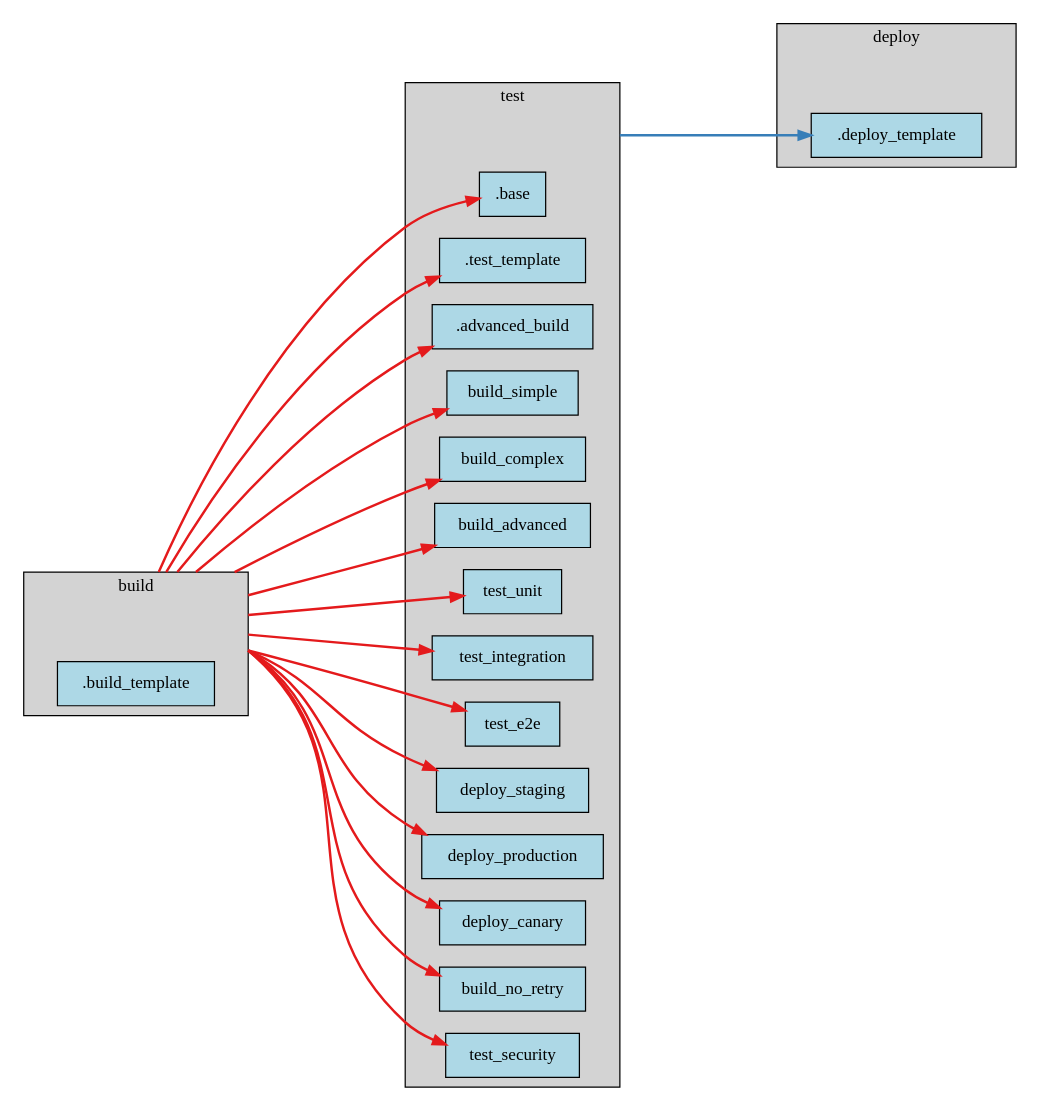
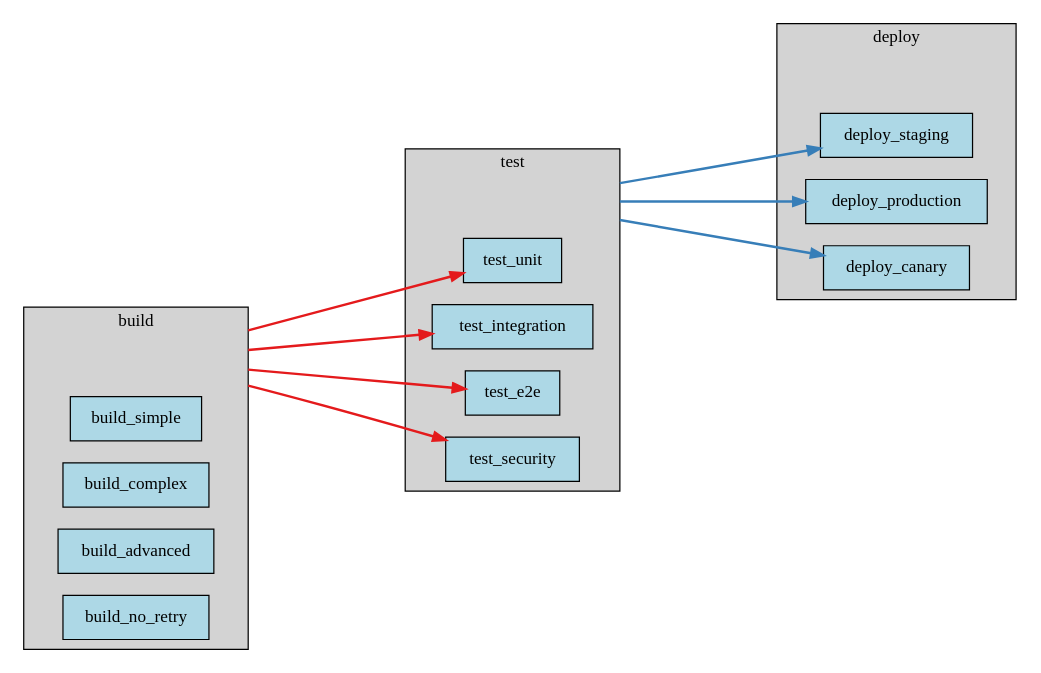
Before and after one commit to eisbaw/gitlab_local_ci: the diagram in test_ci_projects/proj13.output_reference/dag.dot, drawn with Graphviz. The commit also changed 13 other files, not shown here.

```diff
--- a/test_ci_projects/proj13.output_reference/dag.dot
+++ b/test_ci_projects/proj13.output_reference/dag.dot
@@ -1,65 +1,52 @@
 digraph pipeline {
   rankdir="LR";
   ranksep=2;
   compound=true;
   node [shape=box, style=filled, fillcolor=lightblue];
 
   subgraph cluster_build {
     label="build";
     style=filled;
     fillcolor=lightgrey;
 
     __stage_anchor_build [style=invis, width=0, height=0];
 
-    _build_template [label=".build_template", tooltip="---\nextends: \".base\"\nstage: build\ntags:\n- docker\n- build\nbefore_script:\n- echo \"Build template before_script\"\n- apk add --no-cache build-base git\nscript:\n- echo \"Default build script\"\nartifacts:\n  paths:\n  - build/\n  expire_in: 1 hour\n"];
+    build_simple [label="build_simple", tooltip="---\nimage: alpine:latest\ntags:\n- docker\n- build\nretry:\n  max: 2\n  when:\n  - runner_system_failure\nbefore_script:\n- echo \"Build template before_script\"\n- apk add --no-cache build-base git\nstage: build\nscript:\n- echo \"Building simple application\"\n- mkdir -p build\n- echo \"binary\" > build/app\nartifacts:\n  paths:\n  - build/\n  expire_in: 1 hour\n"];
+    build_complex [label="build_complex", tooltip="---\nimage: alpine:latest\ntags:\n- docker\n- build\nretry:\n  max: 2\n  when:\n  - runner_system_failure\nbefore_script:\n- echo \"Build template before_script\"\n- apk add --no-cache build-base git\nstage: build\nscript:\n- echo \"Building complex application with optimizations\"\n- echo \"BUILD_ENV=$BUILD_ENV\"\n- mkdir -p build\n- echo \"optimized_binary\" > build/app_optimized\nartifacts:\n  paths:\n  - build/\n  expire_in: 2 hours\nvariables:\n  BUILD_ENV: production\n  OPTIMIZATION_LEVEL: '3'\n"];
+    build_advanced [label="build_advanced", tooltip="---\nimage: alpine:latest\ntags:\n- docker\n- build\nretry:\n  max: 2\n  when:\n  - runner_system_failure\nbefore_script:\n- echo \"Build template before_script\"\n- apk add --no-cache build-base git\nstage: build\nscript:\n- echo \"Building with advanced template\"\n- echo \"BUILD_TYPE=$BUILD_TYPE\"\n- echo \"OPTIMIZATION=$OPTIMIZATION\"\n- mkdir -p build\n- echo \"advanced_binary\" > build/app_advanced\nartifacts:\n  paths:\n  - build/\n  expire_in: 1 hour\nvariables:\n  BUILD_TYPE: super_advanced\n  OPTIMIZATION: enabled\n  EXTRA_FLAGS: \"--strict\"\nafter_script:\n- echo \"Advanced build cleanup\"\n- rm -rf /tmp/*\n"];
+    build_no_retry [label="build_no_retry", tooltip="---\nimage: alpine:latest\ntags:\n- docker\n- build\nretry: 0\nbefore_script:\n- echo \"Build template before_script\"\n- apk add --no-cache build-base git\nstage: build\nscript:\n- echo \"Building without retry capability\"\n- mkdir -p build\n- echo \"no_retry_binary\" > build/app_no_retry\nartifacts:\n  paths:\n  - build/\n  expire_in: 1 hour\n"];
   }
 
   subgraph cluster_test {
     label="test";
     style=filled;
     fillcolor=lightgrey;
 
     __stage_anchor_test [style=invis, width=0, height=0];
 
-    _base [label=".base", tooltip="---\nimage: alpine:latest\ntags:\n- docker\nretry:\n  max: 2\n  when:\n  - runner_system_failure\nbefore_script:\n- echo \"Base before_script\"\n- apk add --no-cache curl\n"];
-    _test_template [label=".test_template", tooltip="---\nextends: \".base\"\nstage: test\ntags:\n- docker\n- test\nbefore_script:\n- echo \"Test template before_script\"\n- apk add --no-cache python3 py3-pip\nscript:\n- echo \"Default test script\"\ncoverage: \"/TOTAL.*\\\\s+(\\\\d+%)$/\"\n"];
-    _advanced_build [label=".advanced_build", tooltip="---\nextends: \".build_template\"\nvariables:\n  BUILD_TYPE: advanced\n  OPTIMIZATION: enabled\nafter_script:\n- echo \"Advanced build cleanup\"\n- rm -rf /tmp/*\n"];
-    build_simple [label="build_simple", tooltip="---\nextends: \".build_template\"\nscript:\n- echo \"Building simple application\"\n- mkdir -p build\n- echo \"binary\" > build/app\n"];
-    build_complex [label="build_complex", tooltip="---\nextends: \".build_template\"\nvariables:\n  BUILD_ENV: production\n  OPTIMIZATION_LEVEL: '3'\nscript:\n- echo \"Building complex application with optimizations\"\n- echo \"BUILD_ENV=$BUILD_ENV\"\n- mkdir -p build\n- echo \"optimized_binary\" > build/app_optimized\nartifacts:\n  paths:\n  - build/\n  expire_in: 2 hours\n"];
-    build_advanced [label="build_advanced", tooltip="---\nextends: \".advanced_build\"\nvariables:\n  BUILD_TYPE: super_advanced\n  EXTRA_FLAGS: \"--strict\"\nscript:\n- echo \"Building with advanced template\"\n- echo \"BUILD_TYPE=$BUILD_TYPE\"\n- echo \"OPTIMIZATION=$OPTIMIZATION\"\n- mkdir -p build\n- echo \"advanced_binary\" > build/app_advanced\n"];
-    test_unit [label="test_unit", tooltip="---\nextends: \".test_template\"\nscript:\n- echo \"Running unit tests\"\n- python3 -c \"print('All unit tests passed')\"\ndependencies:\n- build_simple\n"];
-    test_integration [label="test_integration", tooltip="---\nextends: \".test_template\"\nscript:\n- echo \"Running integration tests\"\n- echo \"Coverage: 85.5%\"\ncoverage: \"/Coverage:\\\\s+(\\\\d+\\\\.\\\\d+%)/\"\ndependencies:\n- build_complex\n"];
-    test_e2e [label="test_e2e", tooltip="---\nextends: \".test_template\"\nbefore_script:\n- echo \"E2E specific setup - replaces template before_script\"\n- apk add --no-cache chromium chromium-chromedriver\nscript:\n- echo \"Running end-to-end tests\"\n- echo \"Browser tests completed\"\ndependencies:\n- build_advanced\n"];
-    deploy_staging [label="deploy_staging", tooltip="---\nextends: \".deploy_template\"\nenvironment:\n  name: staging\n  url: https://staging.example.com\nonly:\n- develop\n- \"/^feature\\\\/.*$/\"\nscript:\n- echo \"Deploying to staging environment\"\n- echo \"Deployment successful\"\n"];
-    deploy_production [label="deploy_production", tooltip="---\nextends: \".deploy_template\"\nvariables:\n  DEPLOY_STRATEGY: blue-green\n  HEALTH_CHECK_TIMEOUT: '300'\nbefore_script:\n- echo \"Production deploy setup\"\n- apk add --no-cache openssh-client aws-cli\nscript:\n- echo \"Deploying to production with $DEPLOY_STRATEGY strategy\"\n- echo \"Running health checks\"\n- echo \"Production deployment successful\"\nonly:\n- master\nwhen: manual\n"];
-    deploy_canary [label="deploy_canary", tooltip="---\nextends: \".deploy_template\"\nvariables:\n  DEPLOY_STRATEGY: canary\n  CANARY_PERCENTAGE: '10'\nenvironment:\n  name: production-canary\n  url: https://canary.example.com\nscript:\n- echo \"Deploying canary release\"\n- echo \"Canary percentage: $CANARY_PERCENTAGE%\"\nwhen: manual\nallow_failure: true\n"];
-    build_no_retry [label="build_no_retry", tooltip="---\nextends: \".build_template\"\nretry: 0\nscript:\n- echo \"Building without retry capability\"\n- mkdir -p build\n- echo \"no_retry_binary\" > build/app_no_retry\n"];
-    test_security [label="test_security", tooltip="---\nextends: \".test_template\"\nscript:\n- echo \"Running security scans\"\n- echo \"Vulnerability check passed\"\nallow_failure: true\ntimeout: 30m\nrules:\n- if: $CI_COMMIT_BRANCH == \"master\"\n  when: always\n- when: manual\n"];
+    test_unit [label="test_unit", tooltip="---\nimage: alpine:latest\ntags:\n- docker\n- test\nretry:\n  max: 2\n  when:\n  - runner_system_failure\nbefore_script:\n- echo \"Test template before_script\"\n- apk add --no-cache python3 py3-pip\nstage: test\nscript:\n- echo \"Running unit tests\"\n- python3 -c \"print('All unit tests passed')\"\ncoverage: \"/TOTAL.*\\\\s+(\\\\d+%)$/\"\ndependencies:\n- build_simple\n"];
+    test_integration [label="test_integration", tooltip="---\nimage: alpine:latest\ntags:\n- docker\n- test\nretry:\n  max: 2\n  when:\n  - runner_system_failure\nbefore_script:\n- echo \"Test template before_script\"\n- apk add --no-cache python3 py3-pip\nstage: test\nscript:\n- echo \"Running integration tests\"\n- echo \"Coverage: 85.5%\"\ncoverage: \"/Coverage:\\\\s+(\\\\d+\\\\.\\\\d+%)/\"\ndependencies:\n- build_complex\n"];
+    test_e2e [label="test_e2e", tooltip="---\nimage: alpine:latest\ntags:\n- docker\n- test\nretry:\n  max: 2\n  when:\n  - runner_system_failure\nbefore_script:\n- echo \"E2E specific setup - replaces template before_script\"\n- apk add --no-cache chromium chromium-chromedriver\nstage: test\nscript:\n- echo \"Running end-to-end tests\"\n- echo \"Browser tests completed\"\ncoverage: \"/TOTAL.*\\\\s+(\\\\d+%)$/\"\ndependencies:\n- build_advanced\n"];
+    test_security [label="test_security", tooltip="---\nimage: alpine:latest\ntags:\n- docker\n- test\nretry:\n  max: 2\n  when:\n  - runner_system_failure\nbefore_script:\n- echo \"Test template before_script\"\n- apk add --no-cache python3 py3-pip\nstage: test\nscript:\n- echo \"Running security scans\"\n- echo \"Vulnerability check passed\"\ncoverage: \"/TOTAL.*\\\\s+(\\\\d+%)$/\"\nallow_failure: true\ntimeout: 30m\nrules:\n- if: $CI_COMMIT_BRANCH == \"master\"\n  when: always\n- when: manual\n"];
   }
 
   subgraph cluster_deploy {
     label="deploy";
     style=filled;
     fillcolor=lightgrey;
 
     __stage_anchor_deploy [style=invis, width=0, height=0];
 
-    _deploy_template [label=".deploy_template", tooltip="---\nextends: \".base\"\nstage: deploy\ntags:\n- docker\n- deploy\nbefore_script:\n- echo \"Deploy template before_script\"\n- apk add --no-cache openssh-client\nonly:\n- main\n- master\nenvironment:\n  name: production\n  url: https://example.com\n"];
+    deploy_staging [label="deploy_staging", tooltip="---\nimage: alpine:latest\ntags:\n- docker\n- deploy\nretry:\n  max: 2\n  when:\n  - runner_system_failure\nbefore_script:\n- echo \"Deploy template before_script\"\n- apk add --no-cache openssh-client\nstage: deploy\nonly:\n- develop\n- \"/^feature\\\\/.*$/\"\nenvironment:\n  name: staging\n  url: https://staging.example.com\nscript:\n- echo \"Deploying to staging environment\"\n- echo \"Deployment successful\"\n"];
+    deploy_production [label="deploy_production", tooltip="---\nimage: alpine:latest\ntags:\n- docker\n- deploy\nretry:\n  max: 2\n  when:\n  - runner_system_failure\nbefore_script:\n- echo \"Production deploy setup\"\n- apk add --no-cache openssh-client aws-cli\nstage: deploy\nonly:\n- master\nenvironment:\n  name: production\n  url: https://example.com\nvariables:\n  DEPLOY_STRATEGY: blue-green\n  HEALTH_CHECK_TIMEOUT: '300'\nscript:\n- echo \"Deploying to production with $DEPLOY_STRATEGY strategy\"\n- echo \"Running health checks\"\n- echo \"Production deployment successful\"\nwhen: manual\n"];
+    deploy_canary [label="deploy_canary", tooltip="---\nimage: alpine:latest\ntags:\n- docker\n- deploy\nretry:\n  max: 2\n  when:\n  - runner_system_failure\nbefore_script:\n- echo \"Deploy template before_script\"\n- apk add --no-cache openssh-client\nstage: deploy\nonly:\n- main\n- master\nenvironment:\n  name: production-canary\n  url: https://canary.example.com\nvariables:\n  DEPLOY_STRATEGY: canary\n  CANARY_PERCENTAGE: '10'\nscript:\n- echo \"Deploying canary release\"\n- echo \"Canary percentage: $CANARY_PERCENTAGE%\"\nwhen: manual\nallow_failure: true\n"];
   }
 
-  __stage_anchor_build -> _base [ltail=cluster_build, style=bold, color="#E41A1C"];
-  __stage_anchor_build -> _test_template [ltail=cluster_build, style=bold, color="#E41A1C"];
-  __stage_anchor_test -> _deploy_template [ltail=cluster_test, style=bold, color="#377EB8"];
-  __stage_anchor_build -> _advanced_build [ltail=cluster_build, style=bold, color="#E41A1C"];
-  __stage_anchor_build -> build_simple [ltail=cluster_build, style=bold, color="#E41A1C"];
-  __stage_anchor_build -> build_complex [ltail=cluster_build, style=bold, color="#E41A1C"];
-  __stage_anchor_build -> build_advanced [ltail=cluster_build, style=bold, color="#E41A1C"];
   __stage_anchor_build -> test_unit [ltail=cluster_build, style=bold, color="#E41A1C"];
   __stage_anchor_build -> test_integration [ltail=cluster_build, style=bold, color="#E41A1C"];
   __stage_anchor_build -> test_e2e [ltail=cluster_build, style=bold, color="#E41A1C"];
-  __stage_anchor_build -> deploy_staging [ltail=cluster_build, style=bold, color="#E41A1C"];
-  __stage_anchor_build -> deploy_production [ltail=cluster_build, style=bold, color="#E41A1C"];
-  __stage_anchor_build -> deploy_canary [ltail=cluster_build, style=bold, color="#E41A1C"];
-  __stage_anchor_build -> build_no_retry [ltail=cluster_build, style=bold, color="#E41A1C"];
+  __stage_anchor_test -> deploy_staging [ltail=cluster_test, style=bold, color="#377EB8"];
+  __stage_anchor_test -> deploy_production [ltail=cluster_test, style=bold, color="#377EB8"];
+  __stage_anchor_test -> deploy_canary [ltail=cluster_test, style=bold, color="#377EB8"];
   __stage_anchor_build -> test_security [ltail=cluster_build, style=bold, color="#E41A1C"];
 }
```
